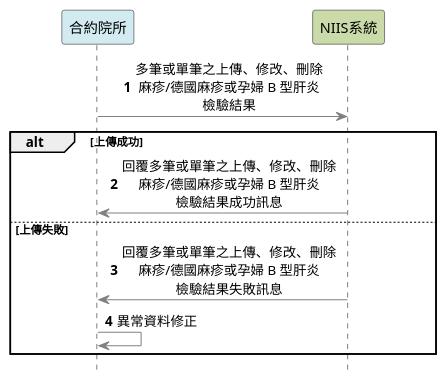
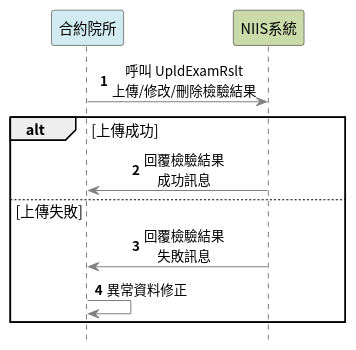
The diagram in input/images-source/index-niis.plantuml (hyweb-cdc/niis), drawn with PlantUML before and after one commit.

```diff
--- a/input/images-source/index-niis.plantuml
+++ b/input/images-source/index-niis.plantuml
@@ -1,24 +1,35 @@
 @startuml
 autonumber
 
+skinparam defaultFontName "Noto Sans CJK TC"
+skinparam defaultFontSize 14
 skinparam sequence {
 ArrowColor gray
 ActorBorderColor gray
 LifeLineBorderColor black
-ParticipantPadding 40
+ParticipantFontName "Noto Sans CJK TC"
+ParticipantFontSize 14
+ParticipantFontStyle plain
+ArrowFontName "Noto Sans CJK TC"
+ArrowFontSize 13
+ArrowFontStyle plain
+GroupFontName "Noto Sans CJK TC"
+GroupFontSize 14
+GroupFontStyle plain
+ParticipantPadding 30
 MessageAlign center
 }
 skinparam shadowing false
 hide footbox
 
 participant 合約院所 #d1ebf1
 participant NIIS系統  #cadaa9
-合約院所 -> NIIS系統: 多筆或單筆之上傳、修改、刪除\n麻疹/德國麻疹或孕婦 B 型肝炎\n檢驗結果
+合約院所 -> NIIS系統: 呼叫 UpldExamRslt\n上傳/修改/刪除檢驗結果
 
 alt 上傳成功
-    NIIS系統 -> 合約院所: 回覆多筆或單筆之上傳、修改、刪除\n麻疹/德國麻疹或孕婦 B 型肝炎\n檢驗結果成功訊息
+    NIIS系統 -> 合約院所: 回覆檢驗結果\n成功訊息
 else 上傳失敗
-    NIIS系統 -> 合約院所: 回覆多筆或單筆之上傳、修改、刪除\n麻疹/德國麻疹或孕婦 B 型肝炎\n檢驗結果失敗訊息
+    NIIS系統 -> 合約院所: 回覆檢驗結果\n失敗訊息
     合約院所 -> 合約院所: 異常資料修正
 end
 @enduml
```
